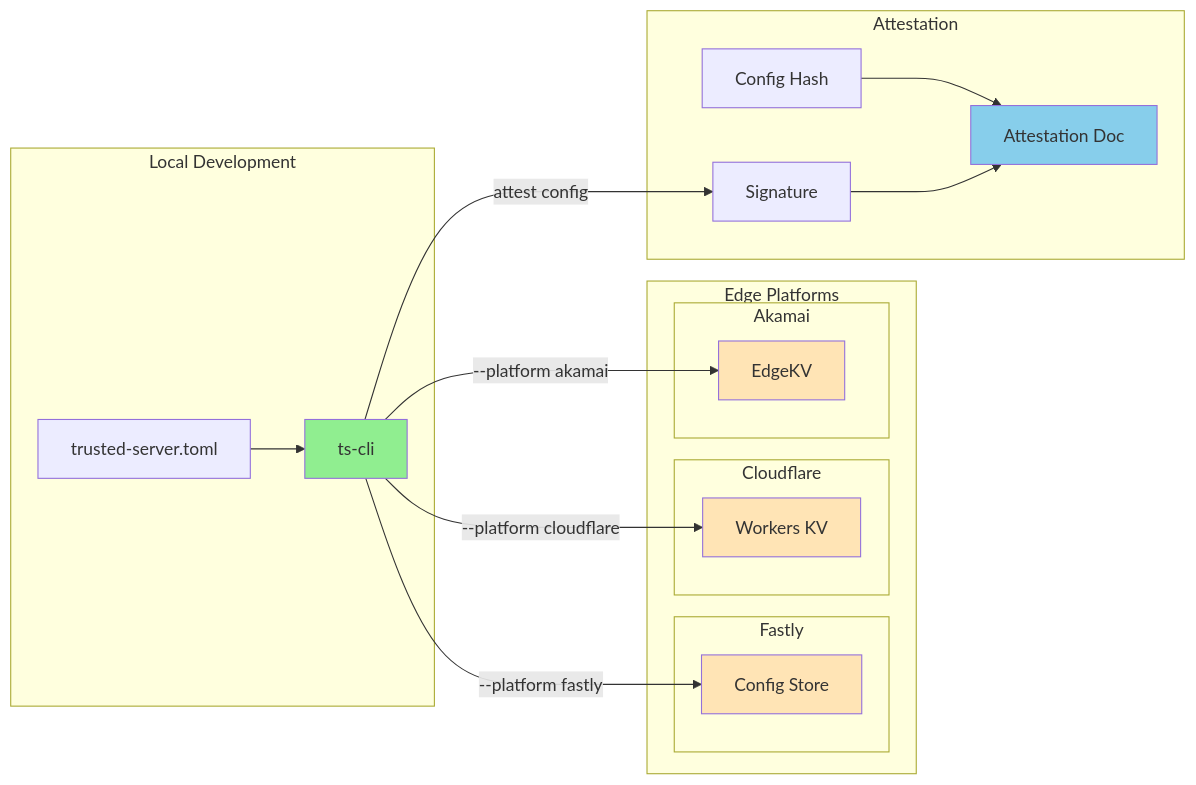
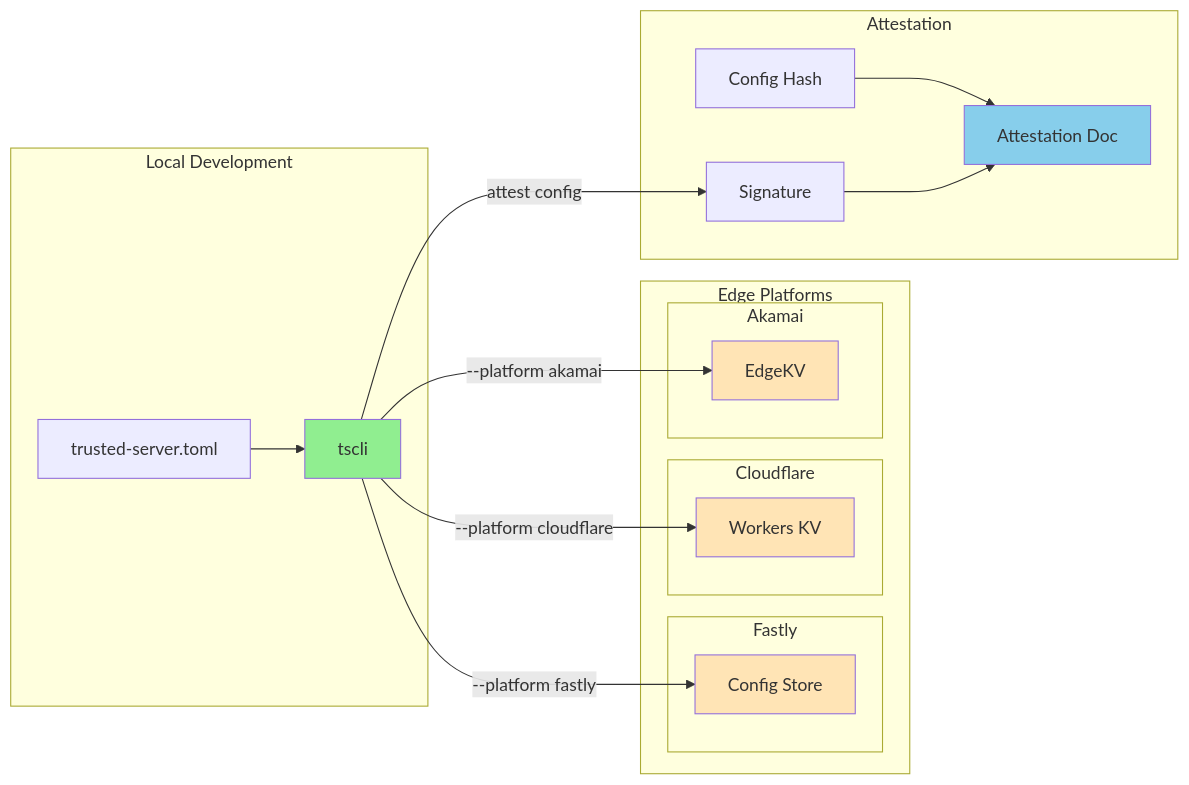
One commit to IABTechLab/trusted-server changed the ninth of 11 diagrams in docs/guide/attestation-proposal.md. Above: the diagram before and after it, drawn with Mermaid. The commit also changed other lines of this file and 28 other files, not shown here.

````diff
--- a/docs/guide/attestation-proposal.md
+++ b/docs/guide/attestation-proposal.md
@@ -702,39 +702,39 @@
 ```mermaid
 flowchart LR
     subgraph LOCAL ["Local Development"]
         TOML["trusted-server.toml"]
-        CLI["ts-cli"]
+        CLI["tscli"]
     end
 
     subgraph PLATFORMS ["Edge Platforms"]
         subgraph FASTLY ["Fastly"]
             FCS["Config Store"]
         end
         subgraph CF ["Cloudflare"]
             CFKV["Workers KV"]
         end
         subgraph AKAMAI ["Akamai"]
             EKV["EdgeKV"]
         end
     end
 
     subgraph ATTESTATION ["Attestation"]
         HASH["Config Hash"]
         SIG["Signature"]
         DOC["Attestation Doc"]
     end
 
     TOML --> CLI
     CLI -->|"--platform fastly"| FCS
     CLI -->|"--platform cloudflare"| CFKV
     CLI -->|"--platform akamai"| EKV
     CLI -->|"attest config"| SIG
     HASH --> DOC
     SIG --> DOC
 
     style CLI fill:#90EE90,color:#333
     style DOC fill:#87CEEB,color:#333
     style FCS fill:#FFE4B5,color:#333
     style CFKV fill:#FFE4B5,color:#333
     style EKV fill:#FFE4B5,color:#333
 ```
````
